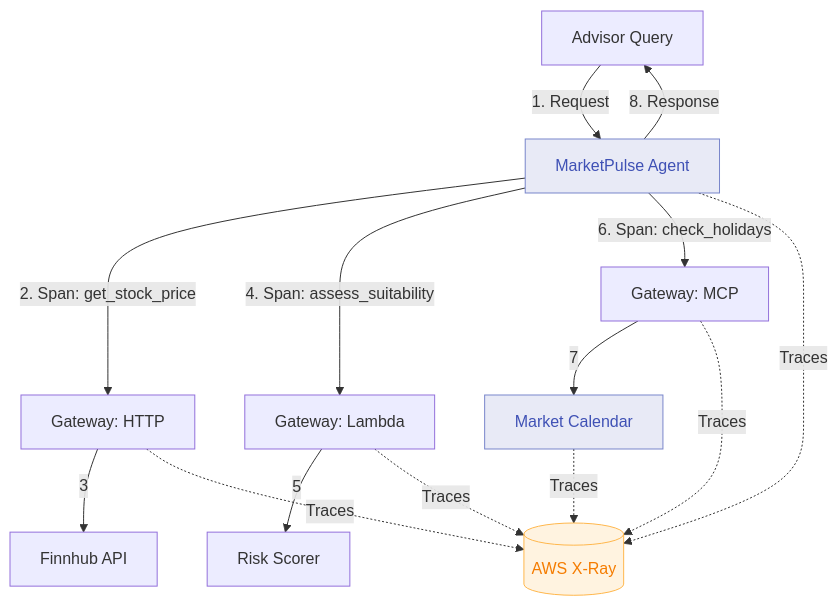
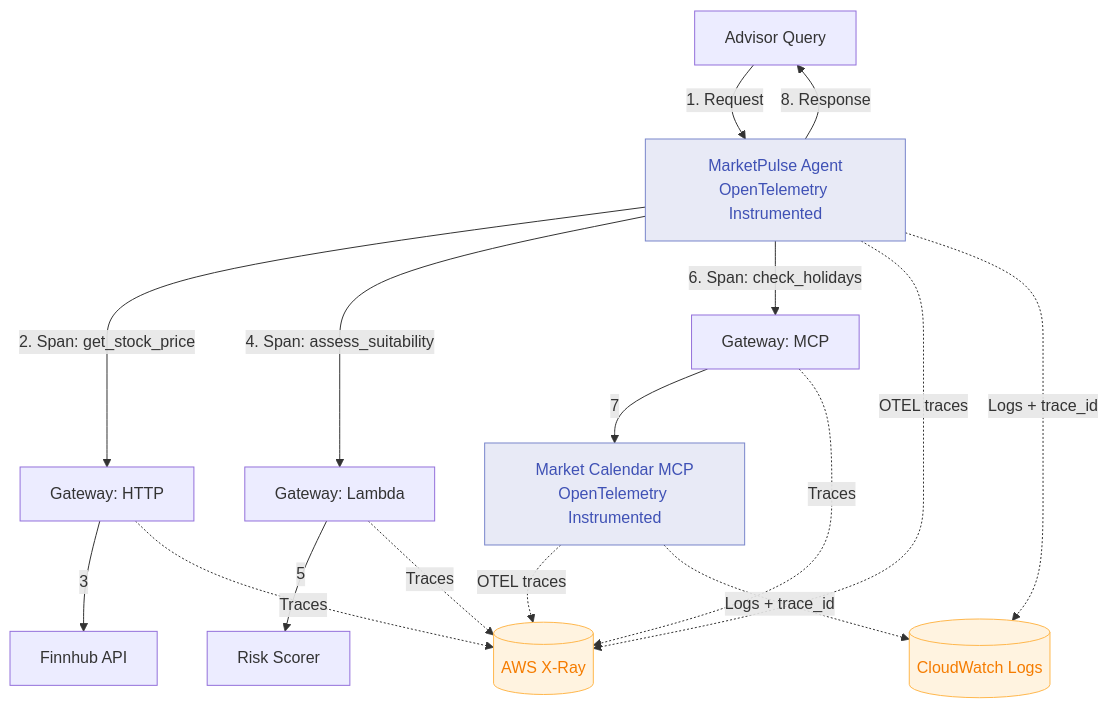
One commit to mantel-lab/aws-agentcore-workshop changed the diagram in docs/07-observability.md. Above: the diagram before and after it, drawn with Mermaid. The commit also changed other lines of this file and 18 other files, not shown here.

````diff
--- a/docs/07-observability.md
+++ b/docs/07-observability.md
@@ -33,23 +35,26 @@
 ```mermaid
 flowchart TB
-    User[Advisor Query] -->|1. Request| Agent[MarketPulse Agent]
+    User[Advisor Query] -->|1. Request| Agent[MarketPulse Agent<br/>OpenTelemetry Instrumented]
     Agent -->|2. Span: get_stock_price| Gateway1[Gateway: HTTP]
     Gateway1 -->|3| Finnhub[Finnhub API]
     Agent -->|4. Span: assess_suitability| Gateway2[Gateway: Lambda]
     Gateway2 -->|5| Lambda[Risk Scorer]
     Agent -->|6. Span: check_holidays| Gateway3[Gateway: MCP]
-    Gateway3 -->|7| MCP[Market Calendar]
+    Gateway3 -->|7| MCP[Market Calendar MCP<br/>OpenTelemetry Instrumented]
     Agent -->|8. Response| User
     
-    Agent -.->|Traces| XRay[(AWS X-Ray)]
+    Agent -.->|OTEL traces| XRay[(AWS X-Ray)]
     Gateway1 -.->|Traces| XRay
     Gateway2 -.->|Traces| XRay
     Gateway3 -.->|Traces| XRay
-    MCP -.->|Traces| XRay
+    MCP -.->|OTEL traces| XRay
+    
+    Agent -.->|Logs + trace_id| CW[(CloudWatch Logs)]
+    MCP -.->|Logs + trace_id| CW
     
     classDef runtime fill:#E8EAF6,stroke:#7986CB,color:#3F51B5
     classDef observability fill:#FFF3E0,stroke:#FFB74D,color:#F57C00
     
     class Agent,MCP runtime
-    class XRay observability
+    class XRay,CW observability
 ```
````
